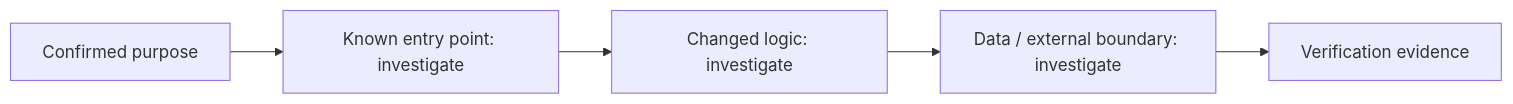
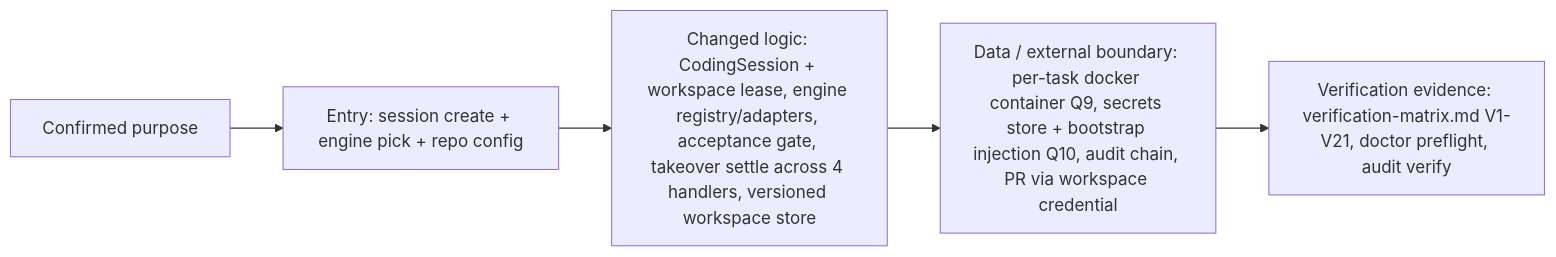
One commit to tokenine/rakazo changed the diagram in .super-speckit/atlas/changes/004-code-mode/change-story.md. Above: the diagram before and after it, drawn with Mermaid. The commit also changed other lines of this file and 6 other files, not shown here.

````diff
--- a/.super-speckit/atlas/changes/004-code-mode/change-story.md
+++ b/.super-speckit/atlas/changes/004-code-mode/change-story.md
@@ -11,7 +11,7 @@
 ```mermaid
 flowchart LR
-  Request[Confirmed purpose] --> Entry[Known entry point: investigate]
-  Entry --> Logic[Changed logic: investigate]
-  Logic --> Data[Data / external boundary: investigate]
-  Data --> Proof[Verification evidence]
+  Request[Confirmed purpose] --> Entry[Entry: session create + engine pick + repo config]
+  Entry --> Logic[Changed logic: CodingSession + workspace lease, engine registry/adapters, acceptance gate, takeover settle across 4 handlers, versioned workspace store]
+  Logic --> Data[Data / external boundary: per-task docker container Q9, secrets store + bootstrap injection Q10, audit chain, PR via workspace credential]
+  Data --> Proof[Verification evidence: verification-matrix.md V1-V21, doctor preflight, audit verify]
 ```
````
